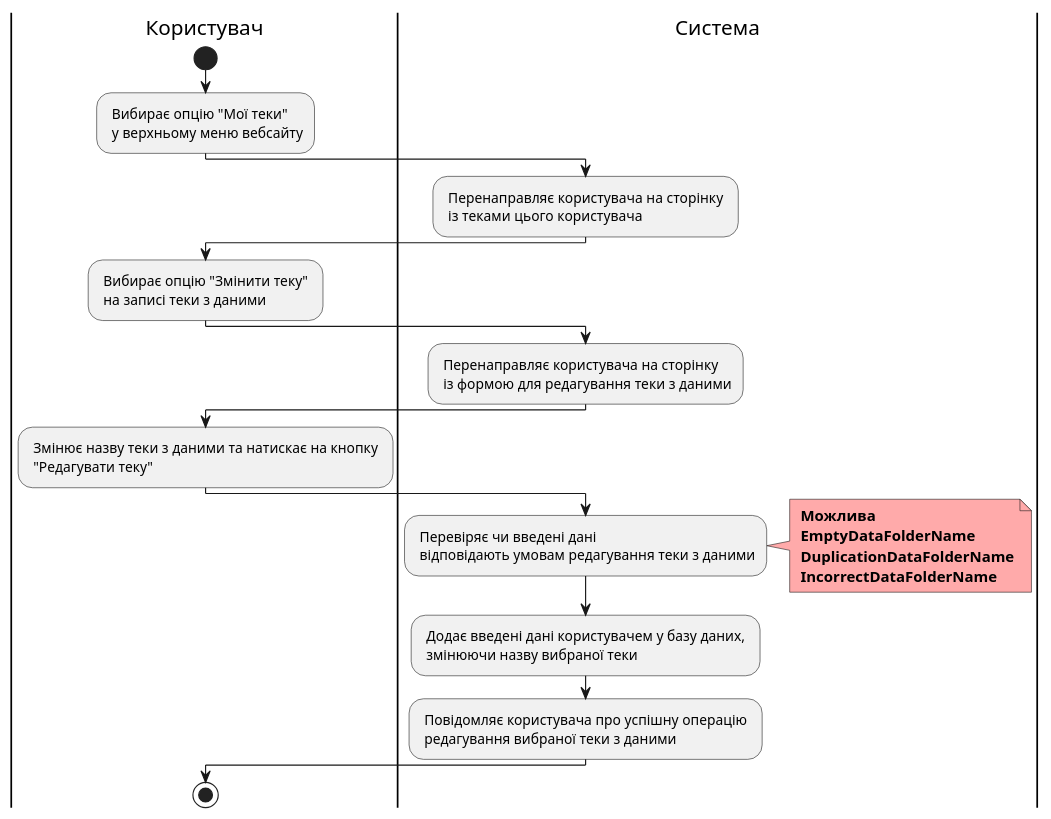
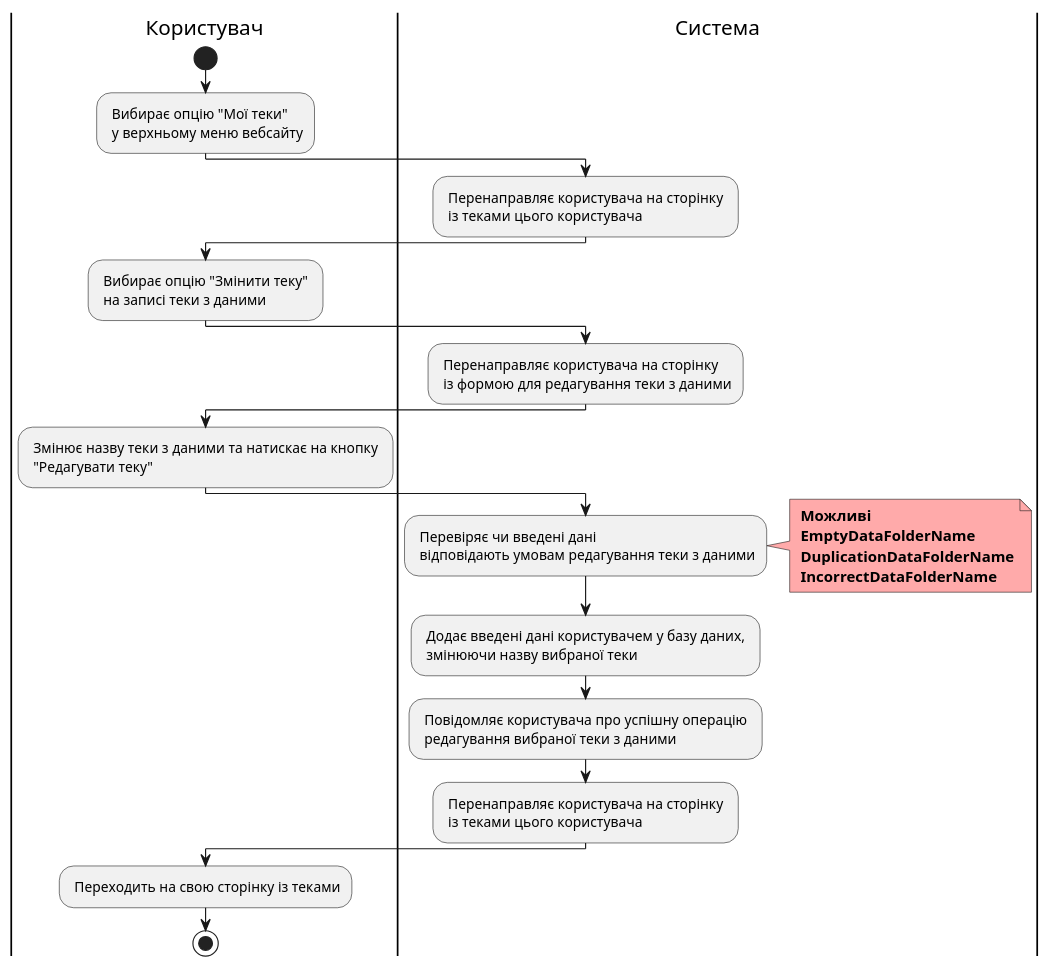
Diagram 18 of 23 in docs/use cases/README.md (edu-db/edu_db_labs), drawn with PlantUML before and after one commit. The commit also changed 1 other file, not shown here.

```diff
--- a/docs/use cases/README.md
+++ b/docs/use cases/README.md
@@ -698,36 +698,39 @@
 @startuml
 
     |Користувач|
     start;
     : Вибирає опцію "Мої теки" \n у верхньому меню вебсайту;
 
     |Система|
     : Перенаправляє користувача на сторінку \n із теками цього користувача;
 
     |Користувач|
     : Вибирає опцію "Змінити теку" \n на записі теки з даними;
 
     |Система|
     : Перенаправляє користувача на сторінку \n із формою для редагування теки з даними;
 
     |Користувач|
     : Змінює назву теки з даними та натискає на кнопку \n "Редагувати теку";
 
     |Система|
     : Перевіряє чи введені дані \n відповідають умовам редагування теки з даними;
     note right #ffaaaa
-    <b> Можлива
+    <b> Можливі
     <b> EmptyDataFolderName
     <b> DuplicationDataFolderName
     <b> IncorrectDataFolderName
     end note
 
     : Додає введені дані користувачем у базу даних, \n змінюючи назву вибраної теки;
 
     |Система|
     : Повідомляє користувача про успішну операцію \n редагування вибраної теки з даними;
+    : Перенаправляє користувача на сторінку \n із теками цього користувача;
 
     |Користувач|
+    : Переходить на свою сторінку із теками;
+
     stop;
 
 @enduml
```
